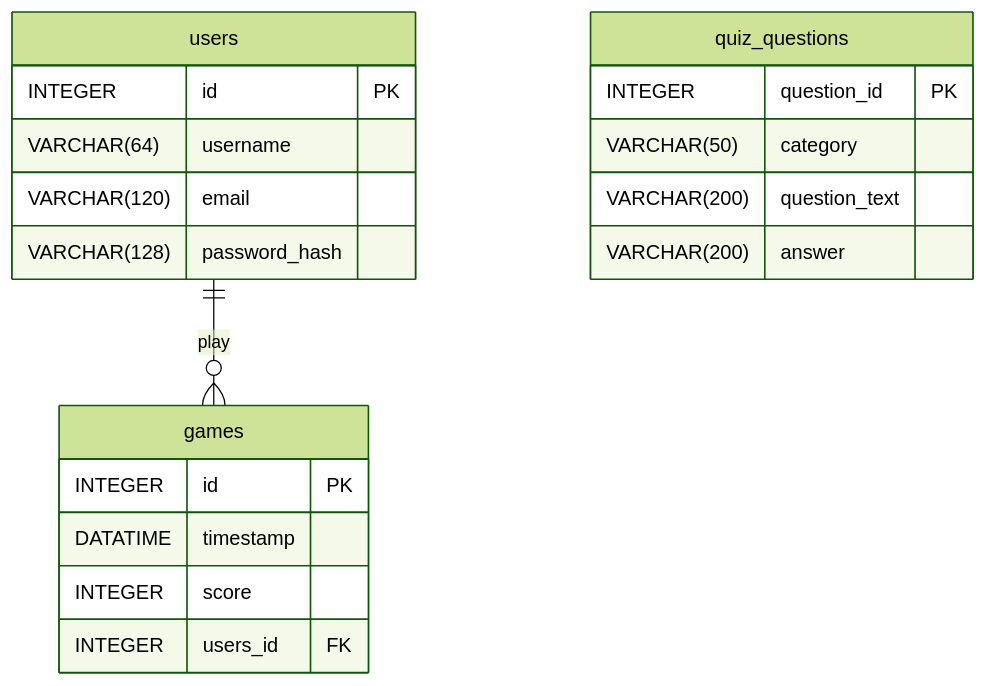
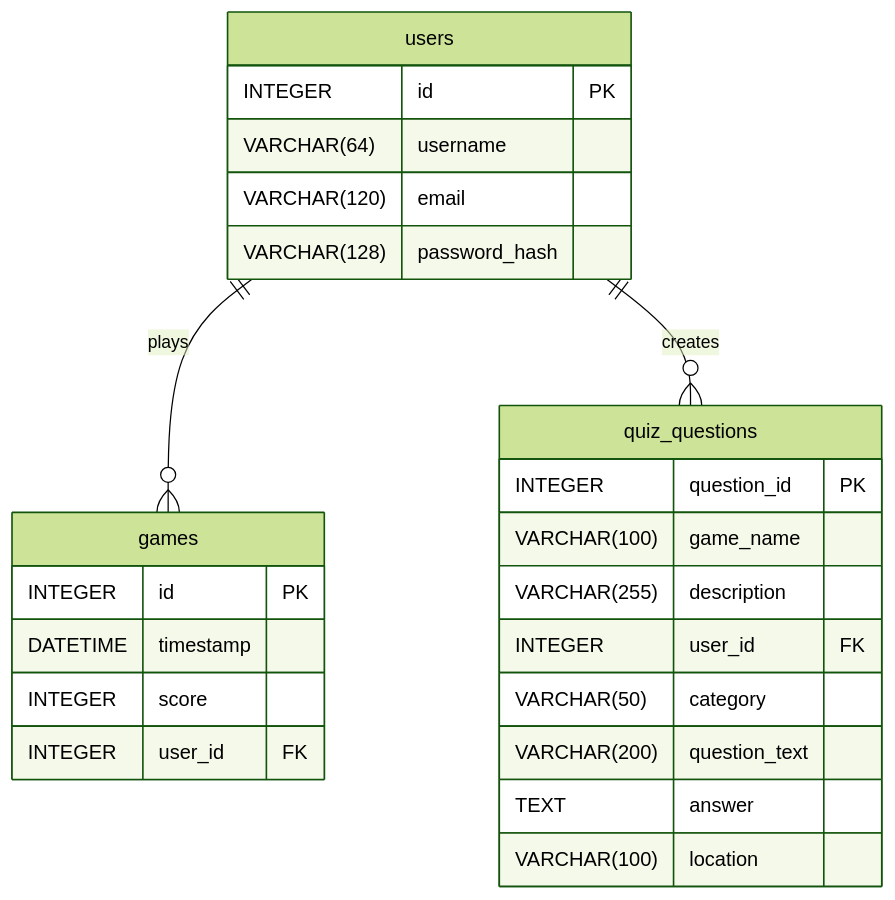
The diagram in ER_diagram.md (Ishi01/CITS5505Group41Project), drawn with Mermaid (forest theme) before and after one commit. The commit also changed other lines of this file and 26 other files, not shown here.

````diff
--- a/ER_diagram.md
+++ b/ER_diagram.md
@@ -2,27 +1,29 @@
 ```mermaid
 erDiagram
-    users ||--o{ games : play
+    users ||--o{ games : "plays"
     users {
         INTEGER id PK
         VARCHAR(64) username
         VARCHAR(120) email
         VARCHAR(128) password_hash
-        %% relation attribute games define in User class %%
-        %% i am a comments %%
     }
     games {
         INTEGER id PK
-        DATATIME timestamp
+        DATETIME timestamp
         INTEGER score
-        INTEGER users_id FK
-        %%  relation attribute: player %%
+        INTEGER user_id FK
     }
 
+    users ||--o{ quiz_questions : "creates"
     quiz_questions {
         INTEGER question_id PK
+        VARCHAR(100) game_name
+        VARCHAR(255) description
+        INTEGER user_id FK
         VARCHAR(50) category
         VARCHAR(200) question_text
-        VARCHAR(200) answer
+        TEXT answer
+        VARCHAR(100) location
+    }
 
-    }
 ```
````
